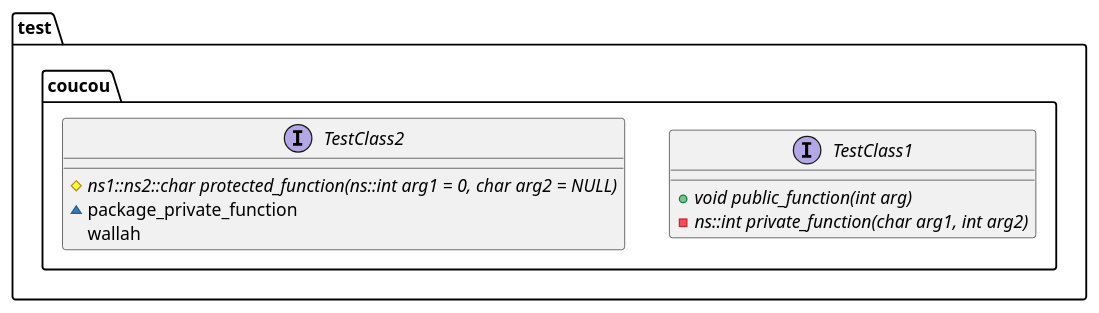
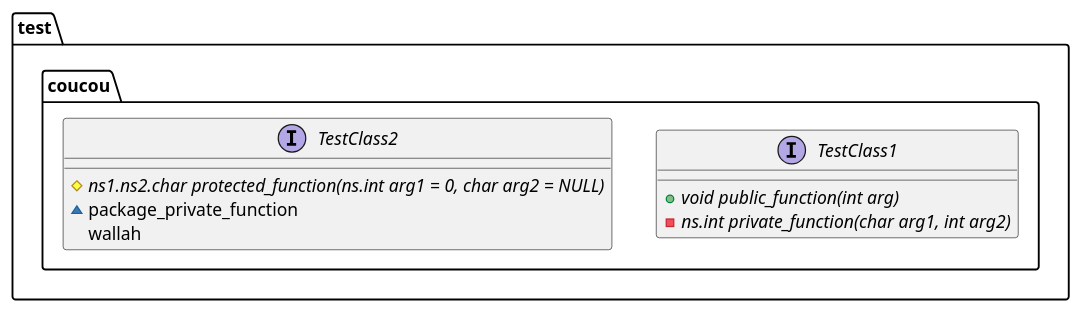
One commit to pngouembe/codegen changed the diagram in test.plantuml. Above: the diagram before and after it, drawn with PlantUML. The commit also changed 8 other files, not shown here.

Commit message:
Plantuml support base implementation

```diff
--- a/test.plantuml
+++ b/test.plantuml
@@ -1,18 +1,18 @@
 @startuml
 
 ' set namespaceSeparator ::
 
 namespace test.coucou{
 
 Interface TestClass1{
     + {abstract} void public_function(int arg)
-    - {abstract} ns::int private_function(char arg1, int arg2)
+    - {abstract} ns.int private_function(char arg1, int arg2)
 }
 
 interface TestClass2{
-    # {abstract} ns1::ns2::char protected_function(ns::int arg1 = 0, char arg2 = NULL)
+    # {abstract} ns1.ns2.char protected_function(ns.int arg1 = 0, char arg2 = NULL)
     ~ {method} package_private_function
     {method} wallah
 }
 }
 @enduml
```
